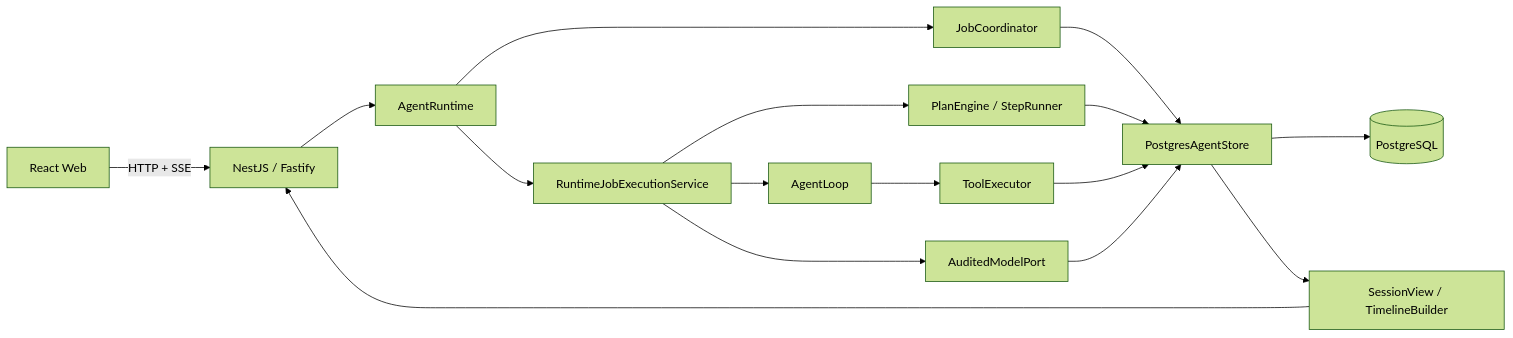
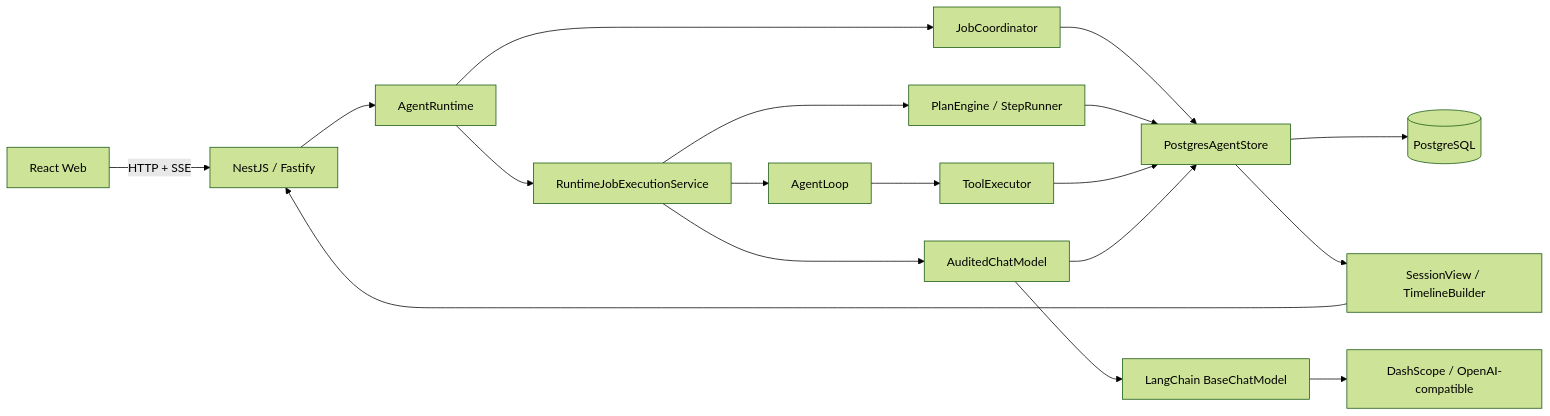
Before and after one commit to lucyonegit/agent-runtime-v2: the diagram in docs/refactor/07-实现验收与运维手册.md, drawn with Mermaid (forest theme). The commit also changed other lines of this file and 33 other files, not shown here.

````diff
--- a/docs/refactor/07-实现验收与运维手册.md
+++ b/docs/refactor/07-实现验收与运维手册.md
@@ -15,18 +16,20 @@
 ```mermaid
 flowchart LR
   Web["React Web"] -->|"HTTP + SSE"| API["NestJS / Fastify"]
   API --> Runtime["AgentRuntime"]
   Runtime --> Coordinator["JobCoordinator"]
   Runtime --> Executor["RuntimeJobExecutionService"]
   Executor --> Planner["PlanEngine / StepRunner"]
   Executor --> Loop["AgentLoop"]
   Loop --> Tools["ToolExecutor"]
-  Executor --> Audit["AuditedModelPort"]
+  Executor --> Audit["AuditedChatModel"]
+  Audit --> Model["LangChain BaseChatModel"]
+  Model --> Provider["DashScope / OpenAI-compatible"]
   Coordinator --> Store["PostgresAgentStore"]
   Planner --> Store
   Tools --> Store
   Audit --> Store
   Store --> PG[("PostgreSQL")]
   Store --> View["SessionView / TimelineBuilder"]
   View --> API
 ```
````
